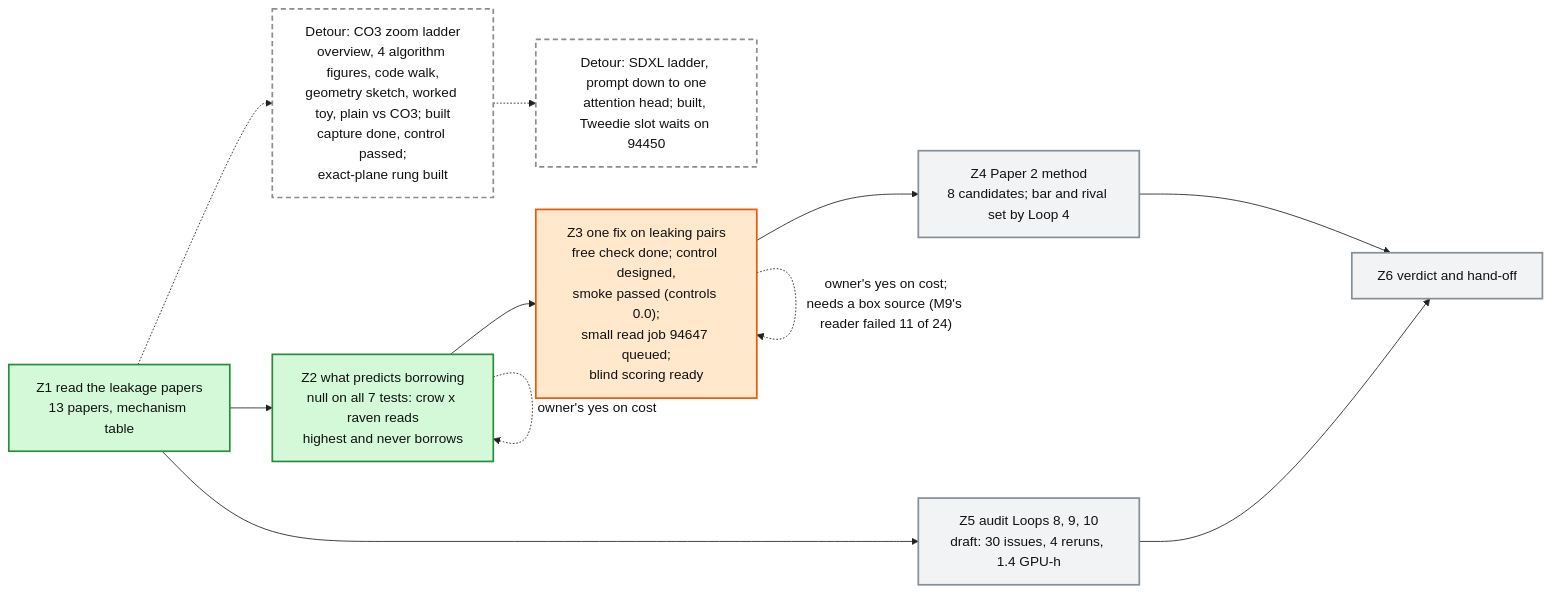
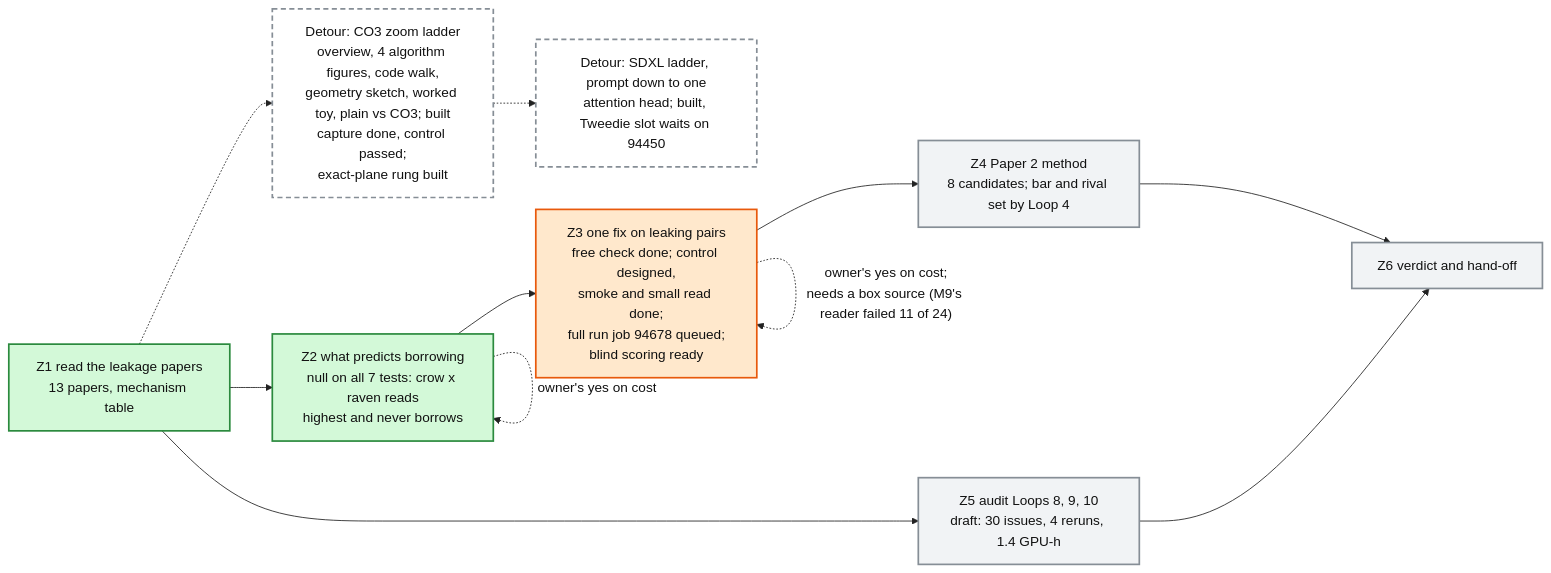
One commit to mo-rsa24/concept-composition changed the diagram in artifacts/notes/progress/leakage/loop-12-progress.mmd. Above: the diagram before and after it, drawn with Mermaid. The commit also changed 1 other file, not shown here.

Commit message:
Loop 12 map: Z3 small read done

```diff
--- a/artifacts/notes/progress/leakage/loop-12-progress.mmd
+++ b/artifacts/notes/progress/leakage/loop-12-progress.mmd
@@ -1,20 +1,20 @@
 %%{init: {'theme': 'base', 'themeVariables': {'fontFamily': 'monospace', 'primaryColor': '#ffffff', 'primaryBorderColor': '#222222', 'primaryTextColor': '#111111', 'lineColor': '#222222'}}}%%
 flowchart LR
   Z1["Z1 read the leakage papers<br/>13 papers, mechanism table"]:::done
   Z2["Z2 what predicts borrowing<br/>null on all 7 tests: crow x raven reads<br/>highest and never borrows"]:::done
-  Z3["Z3 one fix on leaking pairs<br/>free check done; control designed,<br/>smoke passed (controls 0.0);<br/>small read job 94647 queued;<br/>blind scoring ready"]:::doing
+  Z3["Z3 one fix on leaking pairs<br/>free check done; control designed,<br/>smoke and small read done;<br/>full run job 94678 queued;<br/>blind scoring ready"]:::doing
   Z4["Z4 Paper 2 method<br/>8 candidates; bar and rival set by Loop 4"]:::todo
   Z5["Z5 audit Loops 8, 9, 10<br/>draft: 30 issues, 4 reruns, 1.4 GPU-h"]:::todo
   Z6["Z6 verdict and hand-off"]:::todo
   LAD["Detour: CO3 zoom ladder<br/>overview, 4 algorithm figures, code walk,<br/>geometry sketch, worked toy, plain vs CO3; built<br/>capture done, control passed;<br/>exact-plane rung built"]:::detour
   Z1 -.-> LAD
   SDX["Detour: SDXL ladder, prompt down to one<br/>attention head; built, Tweedie slot waits on 94450"]:::detour
   LAD -.-> SDX
   Z1 --> Z2 --> Z3 --> Z4 --> Z6
   Z1 --> Z5 --> Z6
   Z2 -. "owner's yes on cost" .-> Z2
   Z3 -. "owner's yes on cost;<br/>needs a box source (M9's reader failed 11 of 24)" .-> Z3
   classDef done fill:#d3f9d8,stroke:#2b8a3e,stroke-width:2px
   classDef doing fill:#ffe8cc,stroke:#e8590c,stroke-width:2px
   classDef detour fill:#ffffff,stroke:#868e96,stroke-width:2px,stroke-dasharray: 6 4
   classDef todo fill:#f1f3f5,stroke:#868e96,stroke-width:2px
```
